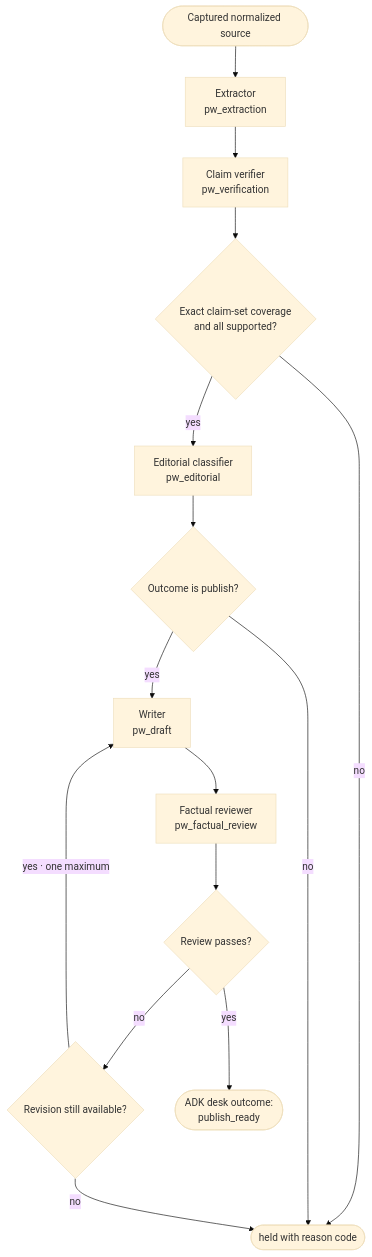
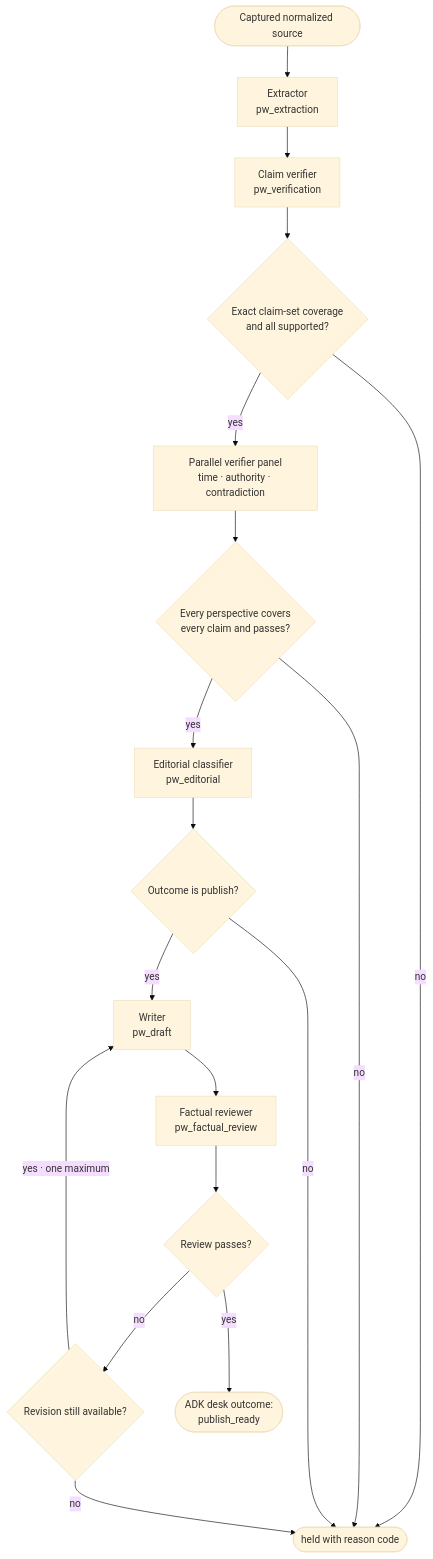
Before and after one commit to advik-bhatt/public-wire: the second of 8 diagrams in README.md, drawn with Mermaid (base theme). The commit also changed other lines of this file and 29 other files, not shown here.

````diff
--- a/README.md
+++ b/README.md
@@ -182,25 +186,29 @@
 ```mermaid
 flowchart TD
     source(["Captured normalized source"])
     extract["Extractor\npw_extraction"]
     verify["Claim verifier\npw_verification"]
     coverage{"Exact claim-set coverage\nand all supported?"}
+    panel["Parallel verifier panel\ntime · authority · contradiction"]
+    panelGate{"Every perspective covers\nevery claim and passes?"}
     edit["Editorial classifier\npw_editorial"]
     decision{"Outcome is publish?"}
     write["Writer\npw_draft"]
     review["Factual reviewer\npw_factual_review"]
     pass{"Review passes?"}
     budget{"Revision still available?"}
     ready(["ADK desk outcome:\npublish_ready"])
     held(["held with reason code"])
 
     source --> extract --> verify --> coverage
     coverage -- "no" --> held
-    coverage -- "yes" --> edit --> decision
+    coverage -- "yes" --> panel --> panelGate
+    panelGate -- "no" --> held
+    panelGate -- "yes" --> edit --> decision
     decision -- "no" --> held
     decision -- "yes" --> write --> review --> pass
     pass -- "no" --> budget
     budget -- "yes · one maximum" --> write
     budget -- "no" --> held
     pass -- "yes" --> ready
 ```
````
